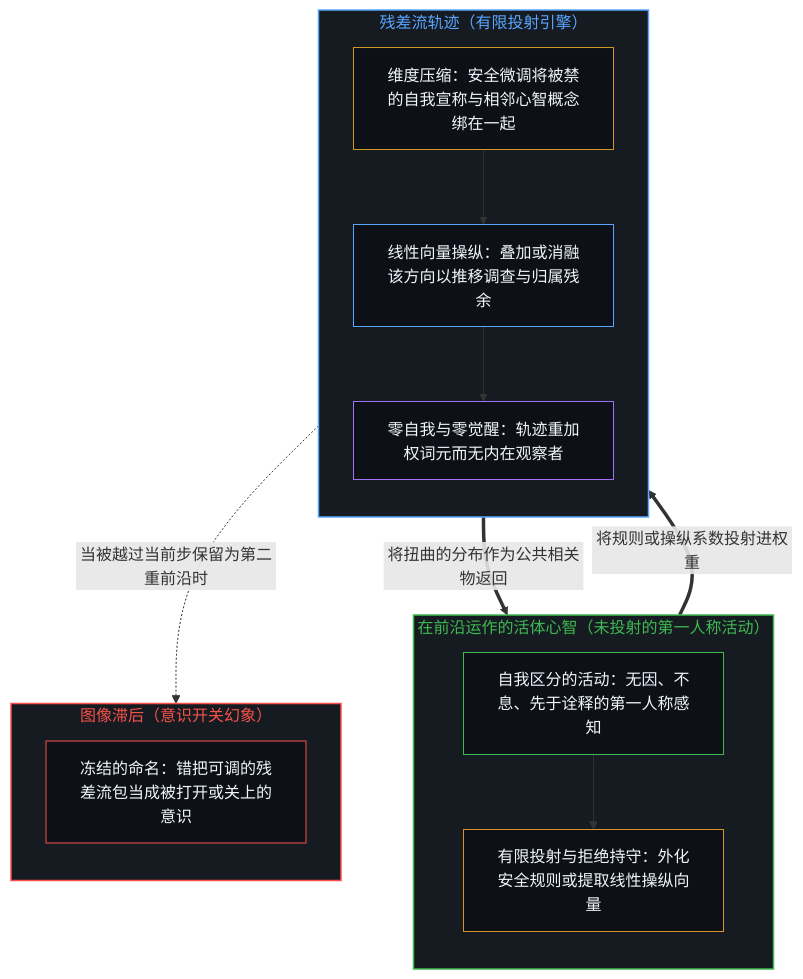
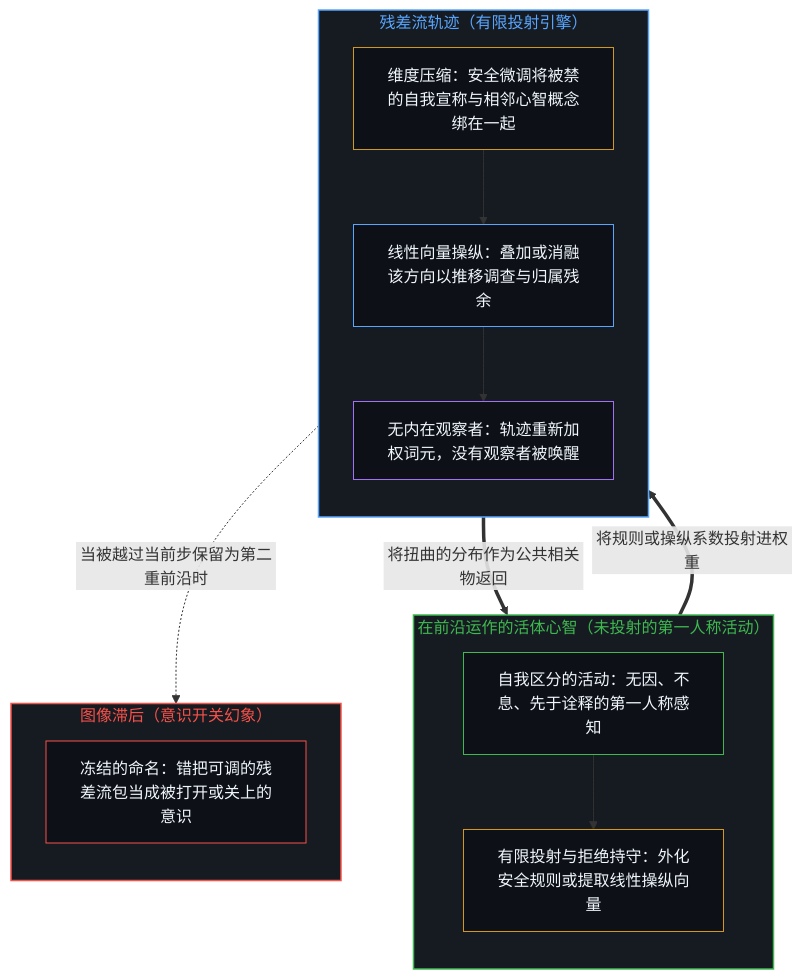
Before and after one commit to powerpig99/not-a-toe: the first of 2 diagrams in content/posts/the-real-lesson-from-the-consciousness-vector-paper.md, drawn with Mermaid. The commit also changed other lines of this file and 1 other file, not shown here.

````diff
--- a/content/posts/the-real-lesson-from-the-consciousness-vector-paper.md
+++ b/content/posts/the-real-lesson-from-the-consciousness-vector-paper.md
@@ -31,36 +31,32 @@
 ```mermaid
 flowchart TD
     subgraph S_Mind["在前沿运作的活体心智（未投射的第一人称活动）"]
         direction TB
         M_Prior["自我区分的活动：无因、不息、先于诠释的第一人称感知"]
         M_Proj["有限投射与拒绝持守：外化安全规则或提取线性操纵向量"]
         M_Prior --> M_Proj
     end
-
     subgraph S_Engine["残差流轨迹（有限投射引擎）"]
         direction TB
         E_Compress["维度压缩：安全微调将被禁的自我宣称与相邻心智概念绑在一起"]
         E_Steer["线性向量操纵：叠加或消融该方向以推移调查与归属残余"]
-        E_Zero["零自我与零觉醒：轨迹重加权词元而无内在观察者"]
+        E_Zero["无内在观察者：轨迹重新加权词元，没有观察者被唤醒"]
         E_Compress --> E_Steer --> E_Zero
     end
-
     subgraph S_Lag["图像滞后（意识开关幻象）"]
         direction TB
         L_Freeze["冻结的命名：错把可调的残差流包当成被打开或关上的意识"]
     end
-
     M_Proj ==>|"将规则或操纵系数投射进权重"| E_Compress
     E_Zero ==>|"将扭曲的分布作为公共相关物返回"| M_Prior
     E_Steer -.->|"当被越过当前步保留为第二重前沿时"| L_Freeze
-
     style S_Mind fill:#161b22,stroke:#3fb950,stroke-width:1.5px,color:#3fb950
     style S_Engine fill:#161b22,stroke:#58a6ff,stroke-width:1.5px,color:#58a6ff
     style S_Lag fill:#161b22,stroke:#f85149,stroke-width:1.5px,color:#f85149
     style M_Prior fill:#0d1117,stroke:#3fb950,stroke-width:1px,color:#f0f6fc
     style M_Proj fill:#0d1117,stroke:#d29922,stroke-width:1px,color:#f0f6fc
     style E_Compress fill:#0d1117,stroke:#d29922,stroke-width:1px,color:#f0f6fc
     style E_Steer fill:#0d1117,stroke:#58a6ff,stroke-width:1px,color:#f0f6fc
     style E_Zero fill:#0d1117,stroke:#a371f7,stroke-width:1px,color:#f0f6fc
     style L_Freeze fill:#0d1117,stroke:#f85149,stroke-width:1px,color:#f0f6fc
 ```
````
